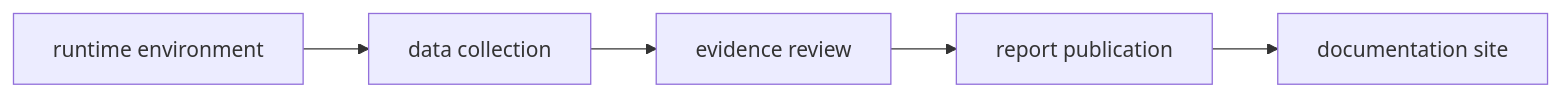
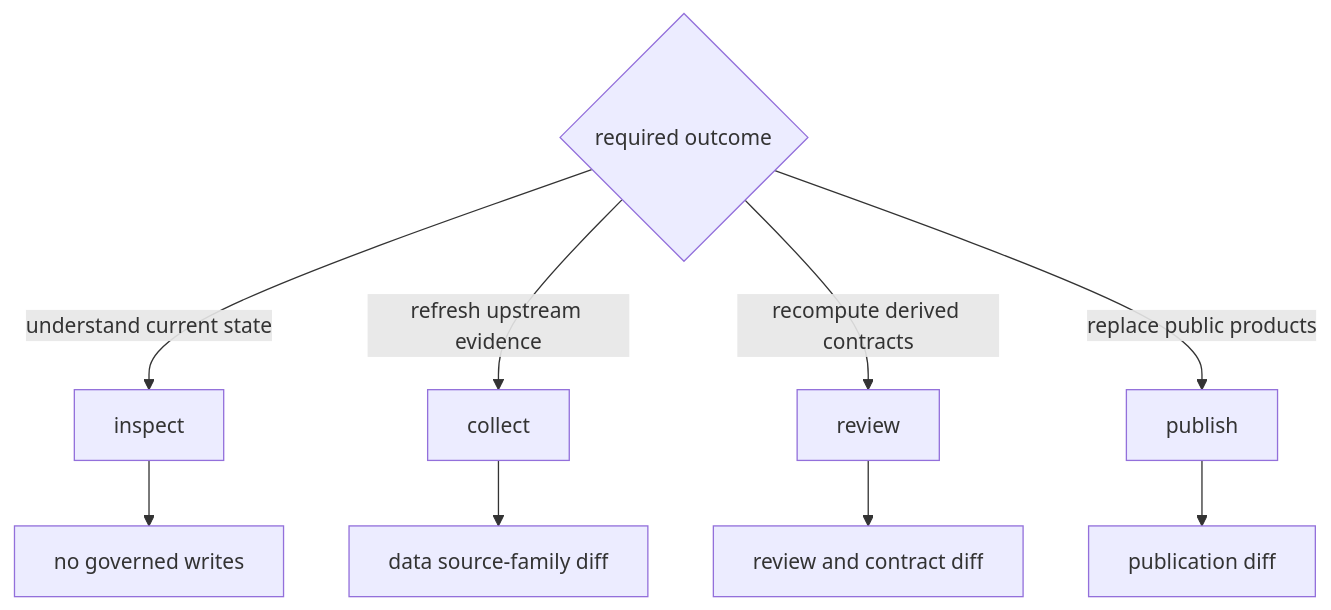
The diagram in docs/public/pollenomics/operations/common-workflows.md (bijux/bijux-pollenomics), drawn with Mermaid before and after one commit. The commit also changed other lines of this file and 2 other files, not shown here.

````diff
--- a/docs/public/pollenomics/operations/common-workflows.md
+++ b/docs/public/pollenomics/operations/common-workflows.md
@@ -67,7 +19,12 @@
 ```mermaid
-flowchart LR
-    Install["runtime environment"] --> Collect["data collection"]
-    Collect --> Review["evidence review"]
-    Review --> Publish["report publication"]
-    Publish --> Site["documentation site"]
+flowchart TB
+    Need{"required outcome"}
+    Need -->|understand current state| Inspect["inspect"]
+    Need -->|refresh upstream evidence| Collect["collect"]
+    Need -->|recompute derived contracts| Review["review"]
+    Need -->|replace public products| Publish["publish"]
+    Inspect --> NoWrite["no governed writes"]
+    Collect --> Data["data source-family diff"]
+    Review --> Findings["review and contract diff"]
+    Publish --> Reports["publication diff"]
 ```
````
